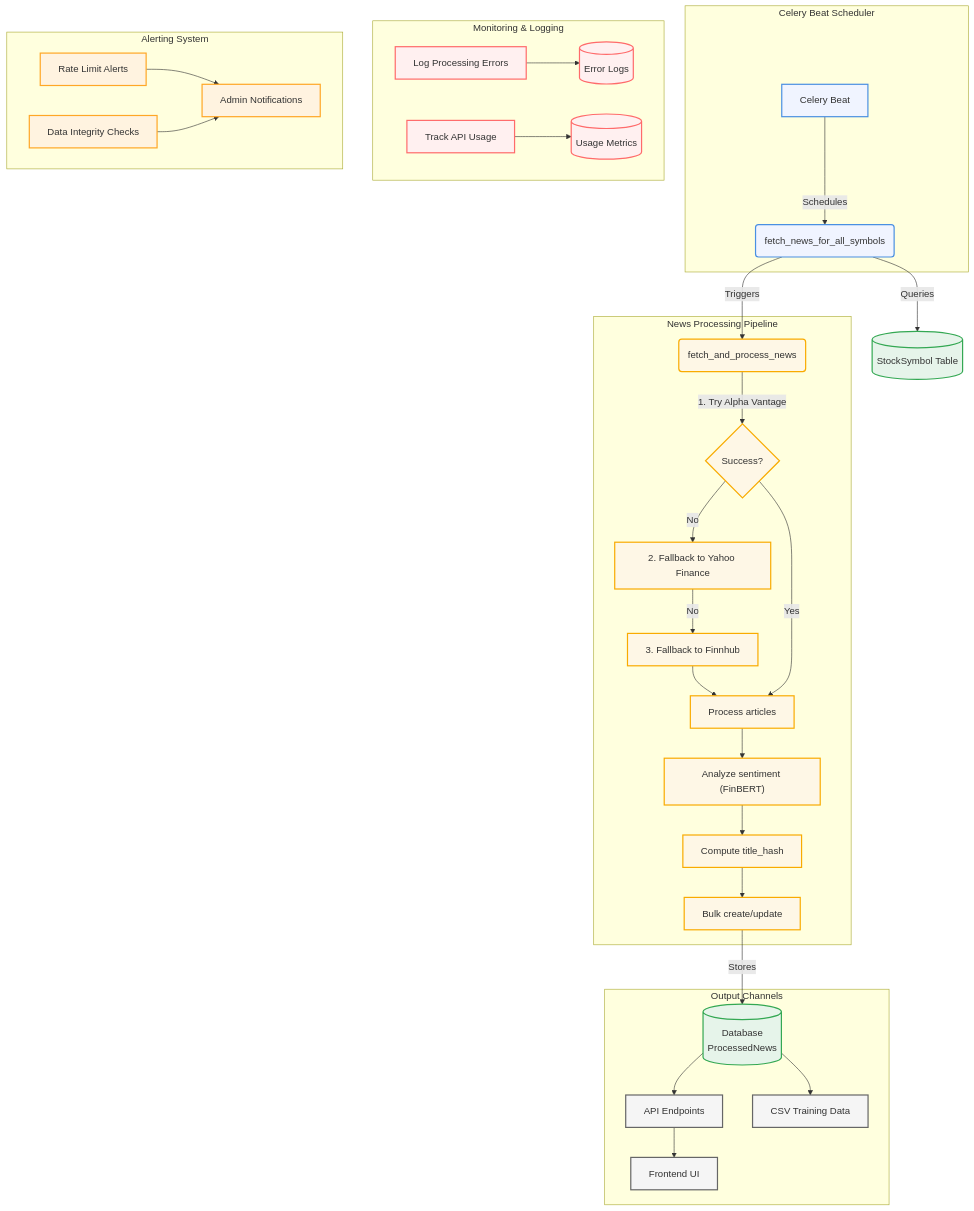
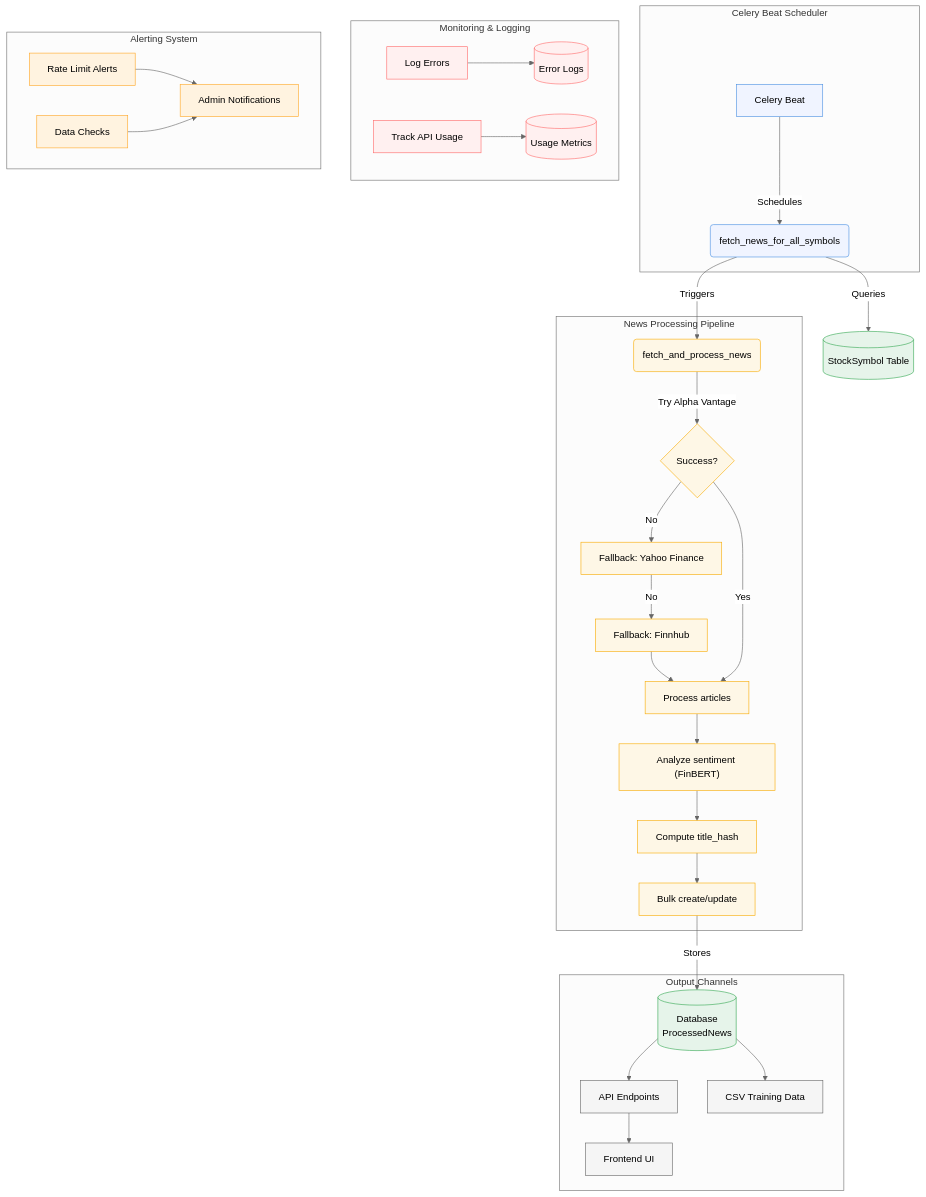
One commit to AnyegaAlex/Sentiment-Driven-Stock-Price-Prediction-Using-News-Headlines changed the second of 2 diagrams in README.md. Above: the diagram before and after it, drawn with Mermaid. The commit also changed other lines of this file, not shown here.

````diff
--- a/README.md
+++ b/README.md
@@ -75,63 +74,53 @@
 ```mermaid
+%%{init: {'theme': 'neutral'}}%%
 flowchart TB
-    %% Scheduler Section
     subgraph Scheduler["Celery Beat Scheduler"]
         A[Celery Beat] -->|Schedules| B(fetch_news_for_all_symbols)
     end
 
-    %% Dynamic Symbol Query and Task Triggering
     B -->|Queries| C[(StockSymbol Table)]
     B -->|Triggers| D(fetch_and_process_news)
 
-    %% Processing Pipeline
     subgraph Processing["News Processing Pipeline"]
-        D -->|"1. Try Alpha Vantage"| E{Success?}
-        E -->|No| F["2. Fallback to Yahoo Finance"]
-        F -->|No| G["3. Fallback to Finnhub"]
+        D -->|"Try Alpha Vantage"| E{Success?}
+        E -->|No| F["Fallback: Yahoo Finance"]
+        F -->|No| G["Fallback: Finnhub"]
         G --> H["Process articles"]
         E -->|Yes| H
         H --> I["Analyze sentiment (FinBERT)"]
         I --> J["Compute title_hash"]
         J --> K["Bulk create/update"]
     end
 
-    %% Output Channels
     subgraph Output["Output Channels"]
         K -->|Stores| L[(Database\nProcessedNews)]
         L --> M[API Endpoints]
         M --> N[Frontend UI]
         L --> O[CSV Training Data]
     end
 
-    %% Monitoring & Logging
     subgraph Monitoring["Monitoring & Logging"]
-        P[Log Processing Errors] --> Q[(Error Logs)]
+        P[Log Errors] --> Q[(Error Logs)]
         R[Track API Usage] --> S[(Usage Metrics)]
     end
 
-    %% Alerting System
     subgraph Alerts["Alerting System"]
         T[Rate Limit Alerts] --> U[Admin Notifications]
-        V[Data Integrity Checks] --> U
+        V[Data Checks] --> U
     end
 
-    %% Feedback loops (described in comments)
-    %% Alerts (U) can prompt a review of scheduling (A)
-    %% Error logs (Q) may trigger re-processing (D)
-
-    %% Styling Classes
-    classDef scheduler fill:#f0f4ff,stroke:#4a90e2,stroke-width:2px;
-    classDef database fill:#e6f4ea,stroke:#34a853,stroke-width:2px;
-    classDef process fill:#fef7e6,stroke:#f9ab00,stroke-width:2px;
-    classDef output fill:#f5f5f5,stroke:#666,stroke-width:2px;
-    classDef monitoring fill:#fff0f0,stroke:#ff6b6b,stroke-width:2px;
-    classDef alerts fill:#fff3e0,stroke:#ffa726,stroke-width:2px;
+    %% Styling matching original
+    classDef scheduler fill:#f0f4ff,stroke:#4a90e2;
+    classDef database fill:#e6f4ea,stroke:#34a853;
+    classDef process fill:#fef7e6,stroke:#f9ab00;
+    classDef output fill:#f5f5f5,stroke:#666;
+    classDef monitoring fill:#fff0f0,stroke:#ff6b6b;
+    classDef alerts fill:#fff3e0,stroke:#ffa726;
     
-    %% Assign Classes to Nodes
     class A,B scheduler;
     class C,L database;
     class D,E,F,G,H,I,J,K process;
     class M,N,O output;
     class P,Q,R,S monitoring;
     class T,U,V alerts;
 ```
````
